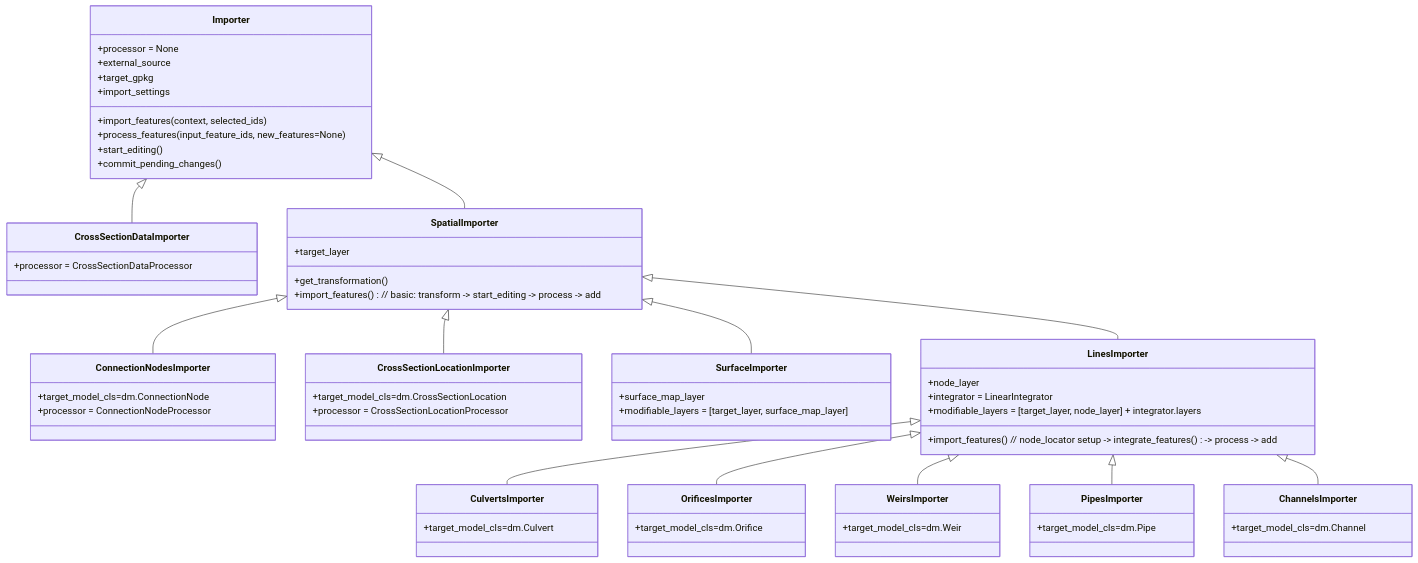
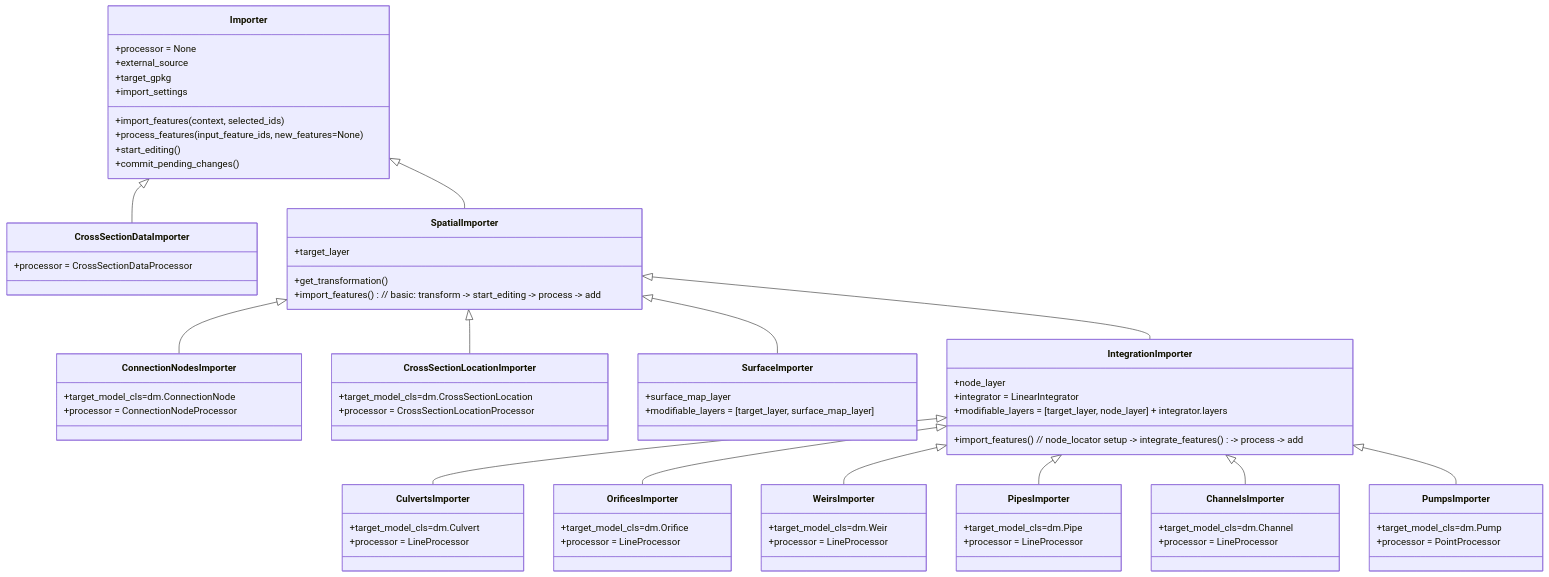
One commit to nens/threedi-schematisation-editor changed the third of 4 diagrams in threedi_schematisation_editor/vector_data_importer/DESIGN.md. Above: the diagram before and after it, drawn with Mermaid. The commit also changed other lines of this file, not shown here.

Commit message:
docs(vector_data_importer): update DESIGN.md for feat_392 changes
- Rename LinesImporter -> IntegrationImporter throughout
- Add PumpsImporter to class diagram with PointProcessor
- Show processor assignments on each concrete importer subclass
- Add StructurePlacementStrategy section to Integrators
- Note create_new_point_geometry handles line→centroid in PointProcessor

````diff
--- a/threedi_schematisation_editor/vector_data_importer/DESIGN.md
+++ b/threedi_schematisation_editor/vector_data_importer/DESIGN.md
@@ -124,12 +124,13 @@
     SpatialImporter <|-- ConnectionNodesImporter
     SpatialImporter <|-- CrossSectionLocationImporter
     SpatialImporter <|-- SurfaceImporter
-    SpatialImporter <|-- LinesImporter
-    LinesImporter <|-- CulvertsImporter
-    LinesImporter <|-- OrificesImporter
-    LinesImporter <|-- WeirsImporter
-    LinesImporter <|-- PipesImporter
-    LinesImporter <|-- ChannelsImporter
+    SpatialImporter <|-- IntegrationImporter
+    IntegrationImporter <|-- CulvertsImporter
+    IntegrationImporter <|-- OrificesImporter
+    IntegrationImporter <|-- WeirsImporter
+    IntegrationImporter <|-- PipesImporter
+    IntegrationImporter <|-- ChannelsImporter
+    IntegrationImporter <|-- PumpsImporter
 
     class Importer {
         +processor = None
@@ -167,7 +168,7 @@
         +modifiable_layers = [target_layer, surface_map_layer]
     }
 
-    class LinesImporter {
+    class IntegrationImporter {
         +node_layer
         +integrator = LinearIntegrator
         +modifiable_layers = [target_layer, node_layer] + integrator.layers
@@ -176,22 +177,32 @@
 
     class CulvertsImporter {
         +target_model_cls=dm.Culvert
+        +processor = LineProcessor
     }
 
     class OrificesImporter {
         +target_model_cls=dm.Orifice
+        +processor = LineProcessor
     }
     
     class WeirsImporter {
         +target_model_cls=dm.Weir
+        +processor = LineProcessor
     }
     
     class PipesImporter {
         +target_model_cls=dm.Pipe
+        +processor = LineProcessor
     }    
     
     class ChannelsImporter {
         +target_model_cls=dm.Channel
-    }        
+        +processor = LineProcessor
+    }
+
+    class PumpsImporter {
+        +target_model_cls=dm.Pump
+        +processor = PointProcessor
+    }
 
 ```
````
